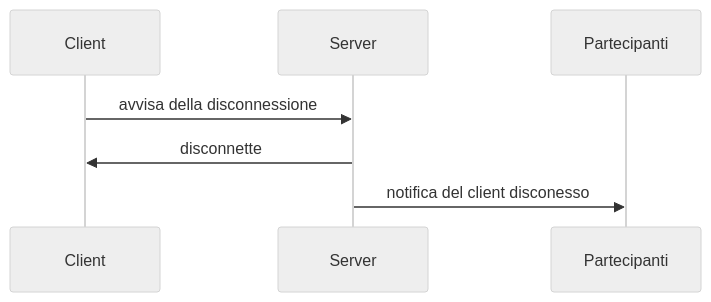
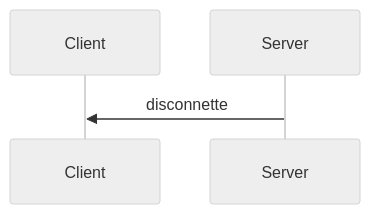
Before and after one commit to Trixy04/Java-Chat: the second of 4 diagrams in README.md, drawn with Mermaid (neutral theme). The commit also changed other lines of this file, not shown here.

````diff
--- a/README.md
+++ b/README.md
@@ -65,9 +65,6 @@
 ```mermaid
 sequenceDiagram
     participant Client
     participant Server
-    participant Partecipanti
-    Client->>Server: avvisa della disconnessione
     Server->>Client: disconnette
-        Server ->> Partecipanti: notifica del client disconesso
 ```
````
